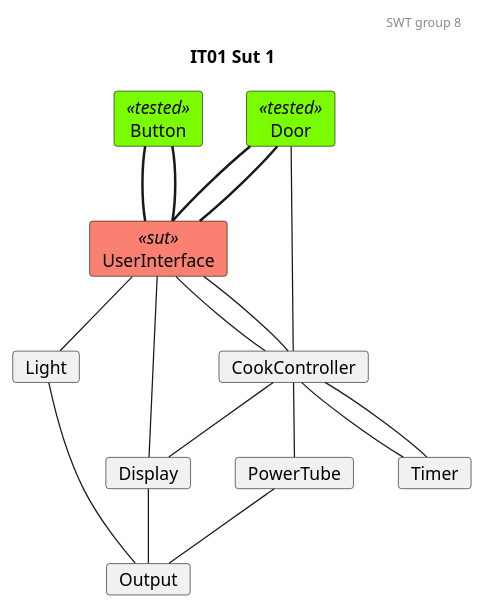
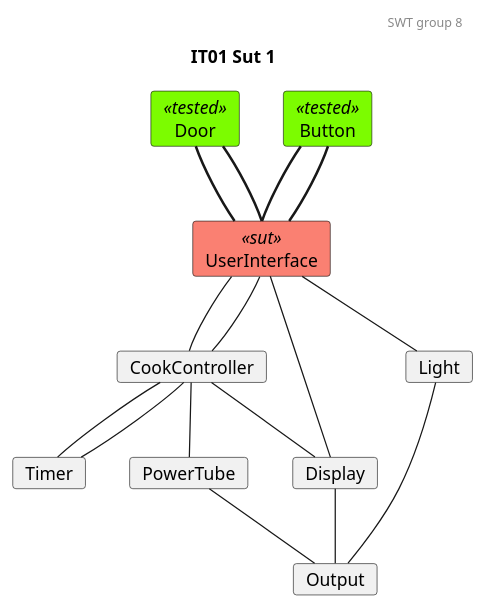
One commit to mikkel-ol/I4SWT-MicrowaveOven changed the diagram in docs/SysTestTree1.plantuml. Above: the diagram before and after it, drawn with PlantUML. The commit also changed 3 other files, not shown here.

Commit message:
Door does not depend on CooksController

```diff
--- a/docs/SysTestTree1.plantuml
+++ b/docs/SysTestTree1.plantuml
@@ -1,69 +1,69 @@
 @startuml IT01-Sut
 
 'Testing colors:
 skinparam card{
     backgroundColor<<tested>> lawngreen
     backgroundColor<<sut>> salmon
     backgroundColor<<test>> salmon
     backgroundColor<<fake>> gold
 }
 
 header SWT group 8
 title IT01 Sut 1
 
 '0.
     card Door<<tested>>
     card Button<<tested>>
 
 '1.
     card UserInterface<<sut>>
 
 '2.
     card CookController
     card Light
 
 '3.
     card Timer
     card PowerTube
     card Display
 
 '4 
     card Output
 
 
 'Relations projects
 ' 0. to 1.
 Door -[thickness=2]- UserInterface
 Door -[thickness=2]- UserInterface
 
 Button -[thickness=2]- UserInterface
 Button -[thickness=2]- UserInterface
 
 
 'Relations CookController:
 '1.
 UserInterface -- CookController
 UserInterface -- CookController
 '1. to 2.
-Door -- CookController
+'Door -- CookController
 
 
 CookController -- PowerTube
 
 '1. to 2.
 UserInterface -- Display
 UserInterface -- Light
 CookController -- Display
 
 CookController -- Timer
 CookController -- Timer 
 
 
 ' Relations 2. to 3.
 Light -- Output
 Display -- Output
 PowerTube -- Output
 
 
 
 @enduml
```
